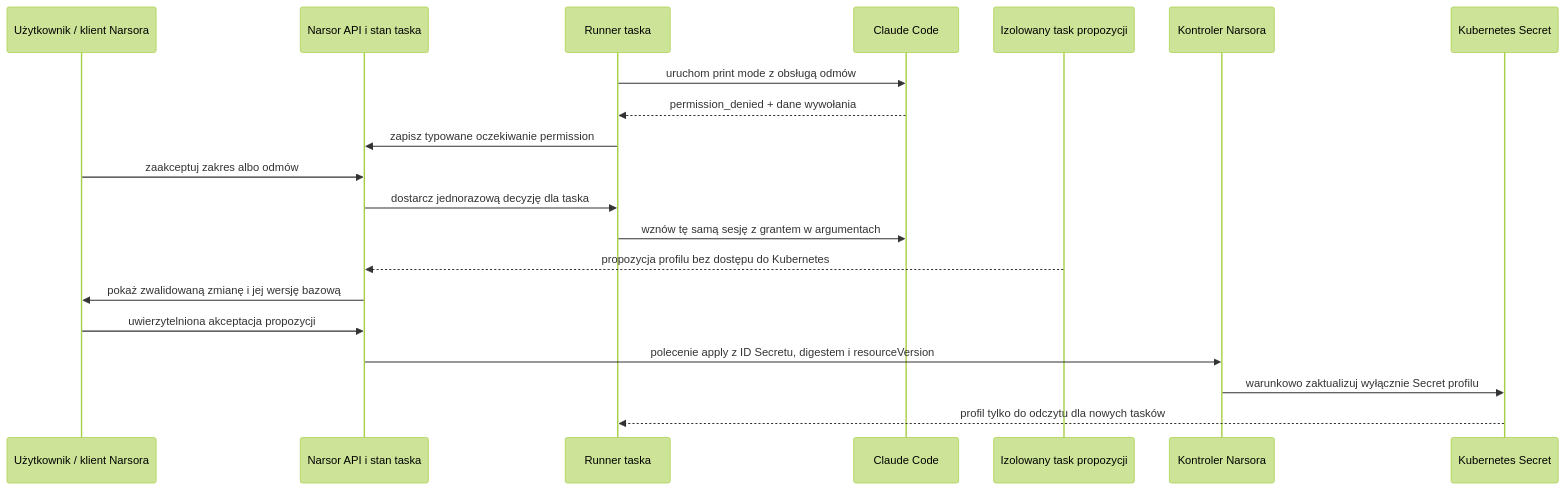
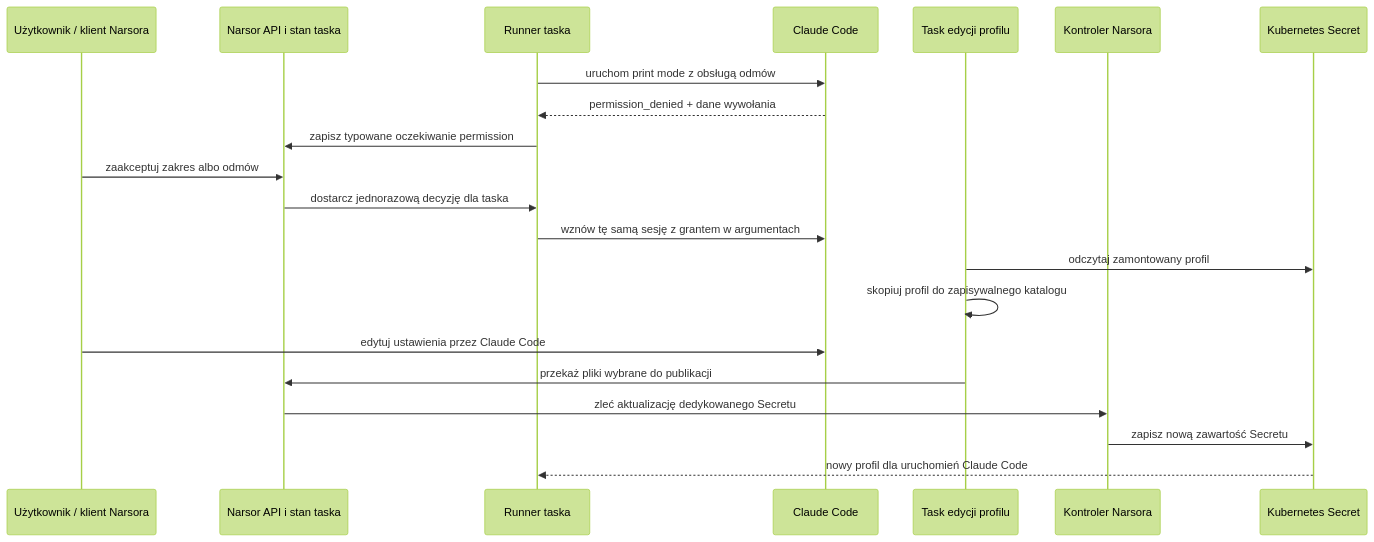
One commit to glakartur/narsor changed the diagram in docs/plans/2026-10-17-1520-feat-deferred-harness-permissions-plan.md. Above: the diagram before and after it, drawn with Mermaid (forest theme). The commit also changed other lines of this file and 6 other files, not shown here.

````diff
--- a/docs/plans/2026-10-17-1520-feat-deferred-harness-permissions-plan.md
+++ b/docs/plans/2026-10-17-1520-feat-deferred-harness-permissions-plan.md
@@ -116,24 +116,25 @@
 ```mermaid
 sequenceDiagram
     participant U as Użytkownik / klient Narsora
     participant N as Narsor API i stan taska
     participant R as Runner taska
     participant C as Claude Code
-    participant P as Izolowany task propozycji
+    participant E as Task edycji profilu
     participant Ktrl as Kontroler Narsora
     participant K as Kubernetes Secret
 
     R->>C: uruchom print mode z obsługą odmów
     C-->>R: permission_denied + dane wywołania
     R->>N: zapisz typowane oczekiwanie permission
     U->>N: zaakceptuj zakres albo odmów
     N->>R: dostarcz jednorazową decyzję dla taska
     R->>C: wznów tę samą sesję z grantem w argumentach
 
-    P-->>N: propozycja profilu bez dostępu do Kubernetes
-    N->>U: pokaż zwalidowaną zmianę i jej wersję bazową
-    U->>N: uwierzytelniona akceptacja propozycji
-    N->>Ktrl: polecenie apply z ID Secretu, digestem i resourceVersion
-    Ktrl->>K: warunkowo zaktualizuj wyłącznie Secret profilu
-    K-->>R: profil tylko do odczytu dla nowych tasków
+    E->>K: odczytaj zamontowany profil
+    E->>E: skopiuj profil do zapisywalnego katalogu
+    U->>C: edytuj ustawienia przez Claude Code
+    E->>N: przekaż pliki wybrane do publikacji
+    N->>Ktrl: zleć aktualizację dedykowanego Secretu
+    Ktrl->>K: zapisz nową zawartość Secretu
+    K-->>R: nowy profil dla uruchomień Claude Code
 ```
````
